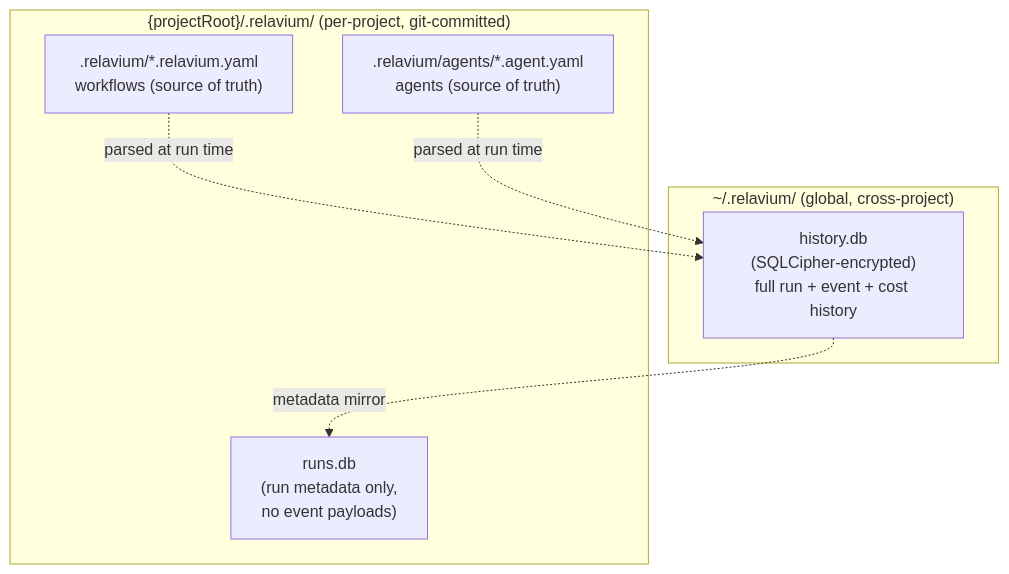
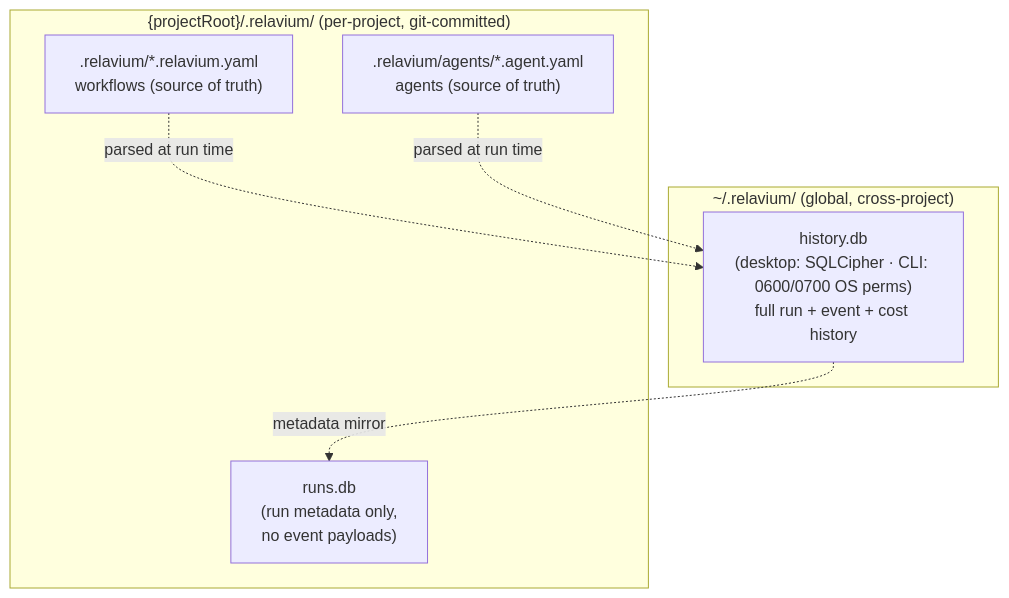
Before and after one commit to HodeTech/Relavium: the diagram in docs/reference/desktop/database-schema.md, drawn with Mermaid. The commit also changed other lines of this file and 6 other files, not shown here.

````diff
--- a/docs/reference/desktop/database-schema.md
+++ b/docs/reference/desktop/database-schema.md
@@ -14,14 +14,14 @@
 ```mermaid
 flowchart TB
   subgraph Global["~/.relavium/ (global, cross-project)"]
-    H["history.db<br/>(SQLCipher-encrypted)<br/>full run + event + cost history"]
+    H["history.db<br/>(desktop: SQLCipher · CLI: 0600/0700 OS perms)<br/>full run + event + cost history"]
   end
   subgraph Project["{projectRoot}/.relavium/ (per-project, git-committed)"]
     R["runs.db<br/>(run metadata only,<br/>no event payloads)"]
     WF[".relavium/*.relavium.yaml<br/>workflows (source of truth)"]
     AG[".relavium/agents/*.agent.yaml<br/>agents (source of truth)"]
   end
   WF -. parsed at run time .-> H
   AG -. parsed at run time .-> H
   H -. metadata mirror .-> R
 ```
````
